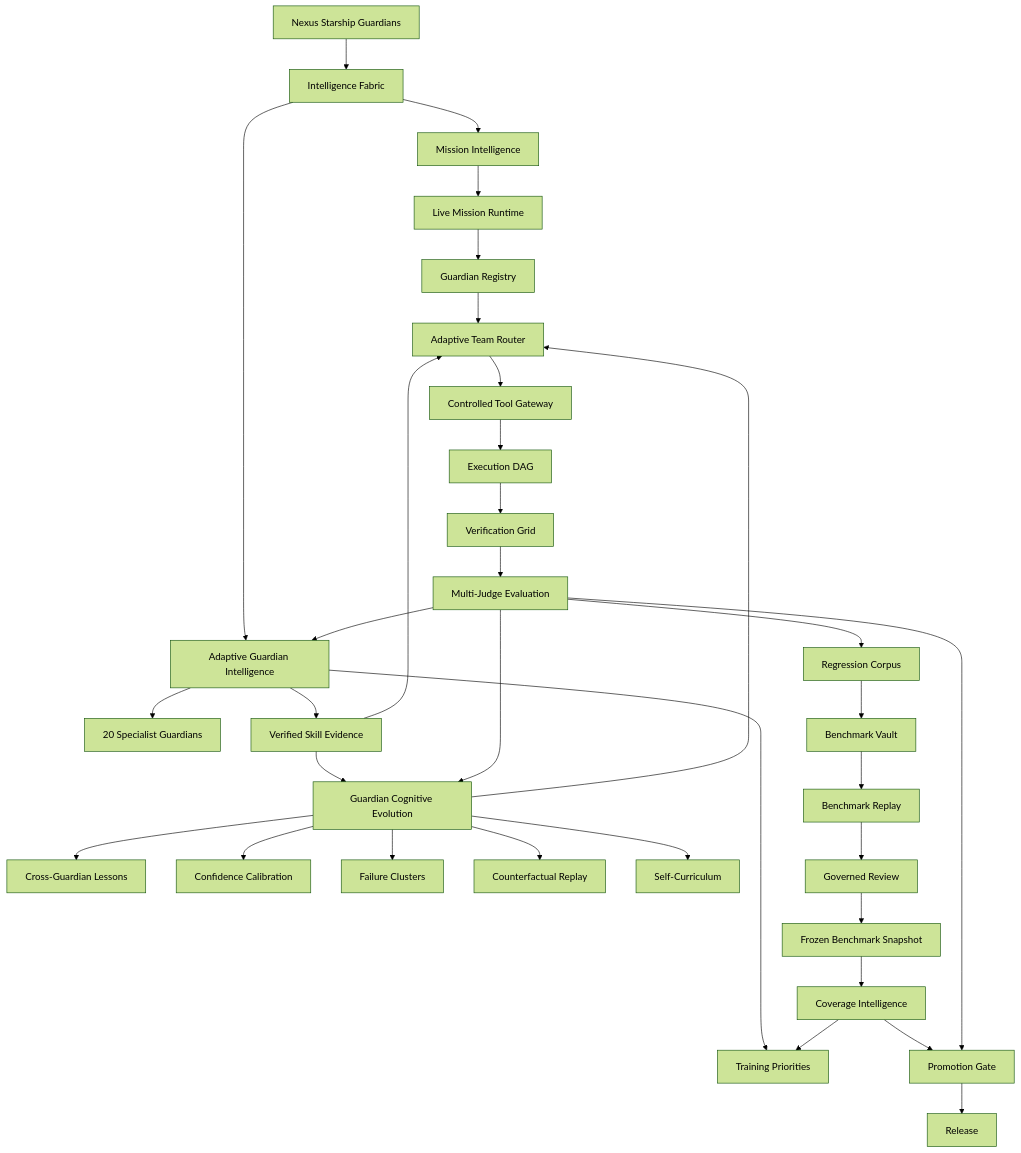
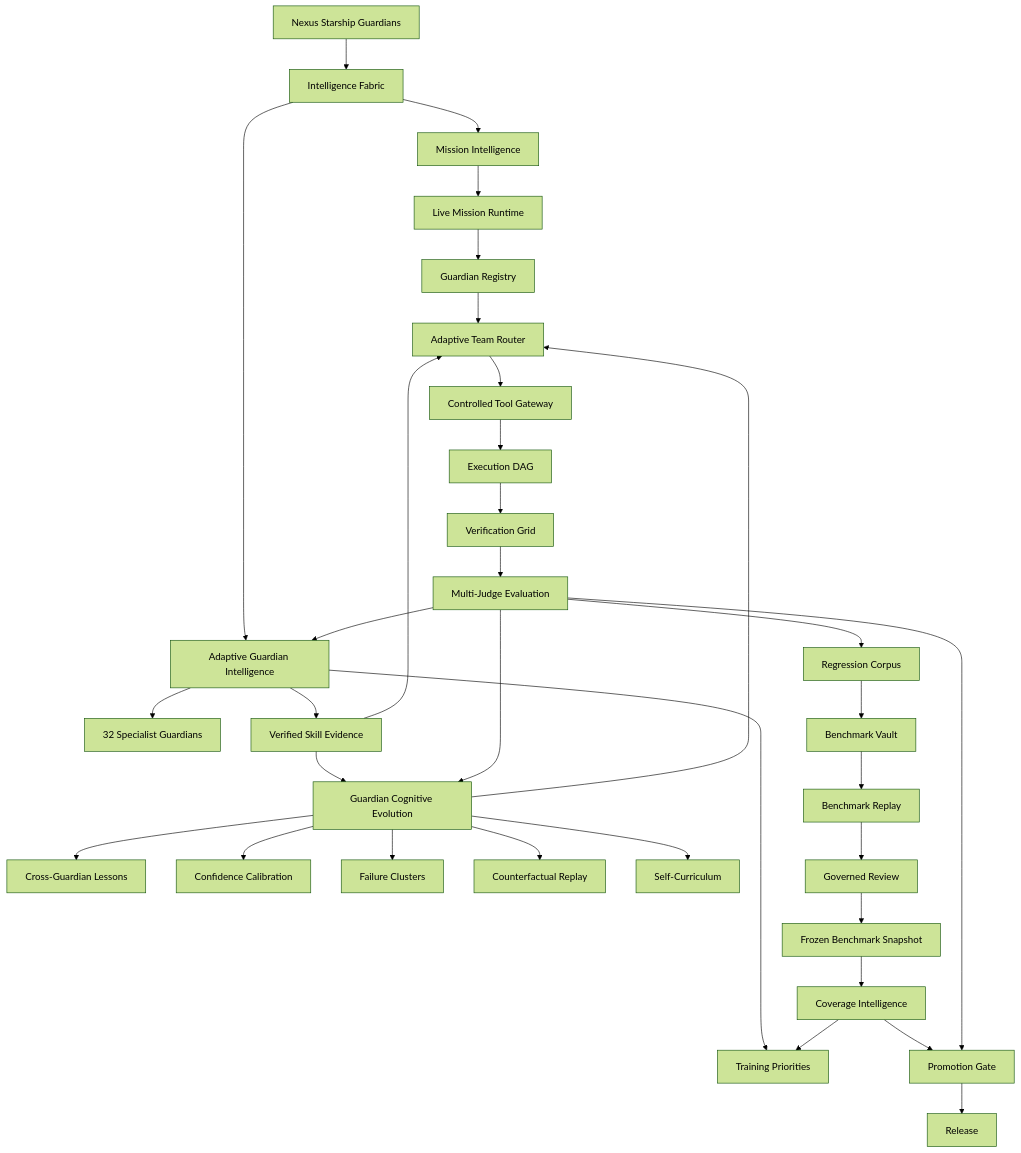
One commit to lois4801/NEXUS-Starship-Guardians changed the diagram in README.md. Above: the diagram before and after it, drawn with Mermaid (forest theme). The commit also changed other lines of this file and 1 other file, not shown here.

First line of the commit message:
docs: thirty-two specialist Guardians and Agency Services Wing provenance

````diff
--- a/README.md
+++ b/README.md
@@ -159,40 +176,40 @@
 ```mermaid
 flowchart TD
     A[Nexus Starship Guardians] --> B[Intelligence Fabric]
     B --> M[Mission Intelligence]
     M --> R[Live Mission Runtime]
     R --> G[Guardian Registry]
 
     B --> AGI[Adaptive Guardian Intelligence]
-    AGI --> S[20 Specialist Guardians]
+    AGI --> S[32 Specialist Guardians]
     AGI --> SK[Verified Skill Evidence]
     AGI --> TP[Training Priorities]
 
     SK --> CE[Guardian Cognitive Evolution]
     CE --> KL[Cross-Guardian Lessons]
     CE --> CC[Confidence Calibration]
     CE --> FC[Failure Clusters]
     CE --> CF[Counterfactual Replay]
     CE --> SC[Self-Curriculum]
 
     G --> AR[Adaptive Team Router]
     SK --> AR
     CE --> AR
     AR --> TG[Controlled Tool Gateway]
     TG --> EX[Execution DAG]
     EX --> V[Verification Grid]
     V --> MJ[Multi-Judge Evaluation]
     MJ --> AGI
     MJ --> CE
 
     MJ --> RC[Regression Corpus]
     RC --> BV[Benchmark Vault]
     BV --> BR[Benchmark Replay]
     BR --> GR[Governed Review]
     GR --> BS[Frozen Benchmark Snapshot]
     BS --> CI[Coverage Intelligence]
     CI --> TP
     CI --> PG[Promotion Gate]
     MJ --> PG
     PG --> REL[Release]
 ```
````
